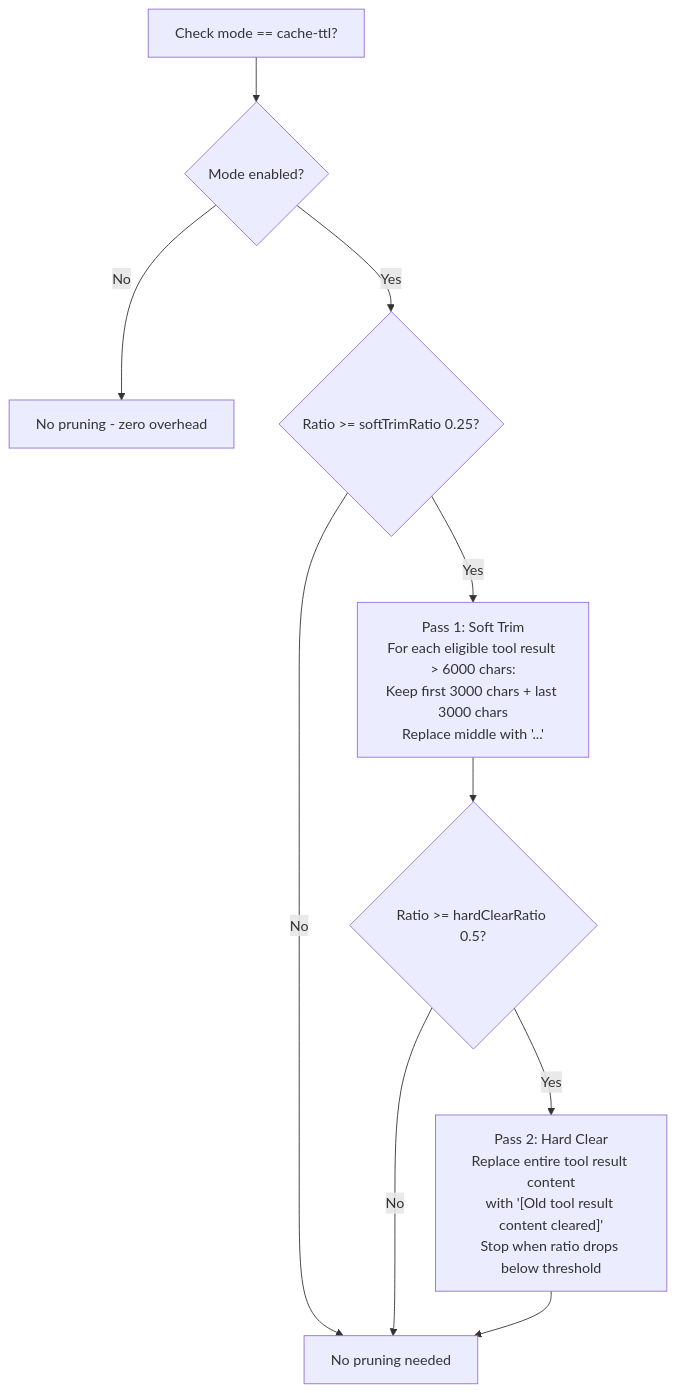
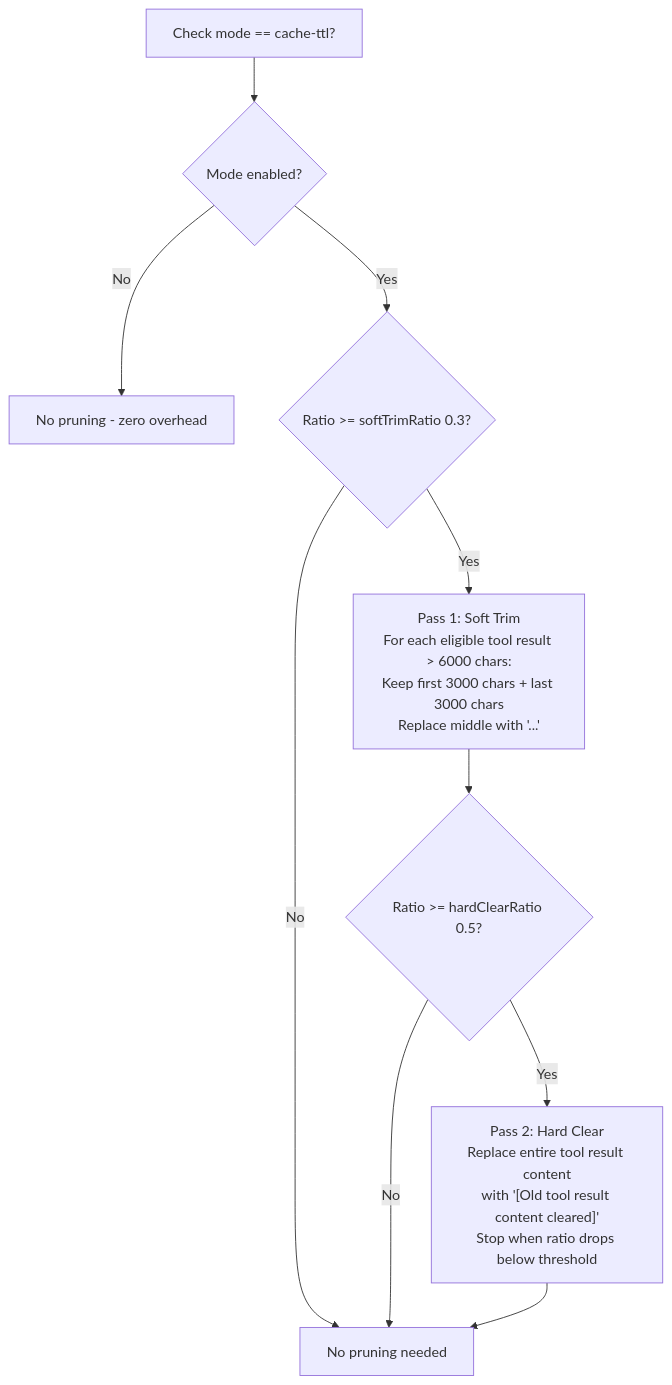
Before and after one commit to nextlevelbuilder/goclaw: the fifth of 10 diagrams in docs/01-agent-loop.md, drawn with Mermaid. The commit also changed other lines of this file and 46 other files, not shown here.

````diff
--- a/docs/01-agent-loop.md
+++ b/docs/01-agent-loop.md
@@ -435,16 +436,16 @@
 ```mermaid
 flowchart TD
     START[Check mode == cache-ttl?] --> GATE{Mode enabled?}
     GATE -->|No| SKIP[No pruning - zero overhead]
-    GATE -->|Yes| CHECK{Ratio >= softTrimRatio 0.25?}
+    GATE -->|Yes| CHECK{Ratio >= softTrimRatio 0.3?}
     CHECK -->|No| DONE[No pruning needed]
     CHECK -->|Yes| PASS1
 
     PASS1["Pass 1: Soft Trim<br/>For each eligible tool result > 6000 chars:<br/>Keep first 3000 chars + last 3000 chars<br/>Replace middle with '...'"]
     PASS1 --> CHECK2{"Ratio >= hardClearRatio 0.5?"}
     CHECK2 -->|No| DONE
     CHECK2 -->|Yes| PASS2
 
     PASS2["Pass 2: Hard Clear<br/>Replace entire tool result content<br/>with '[Old tool result content cleared]'<br/>Stop when ratio drops below threshold"]
     PASS2 --> DONE
 ```
````
